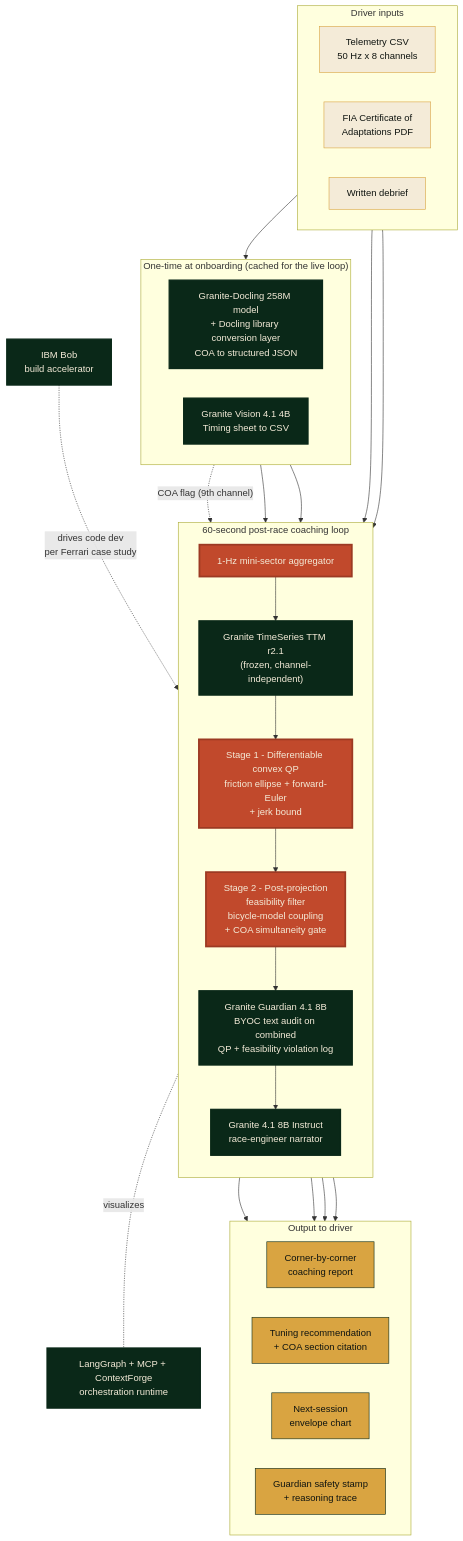
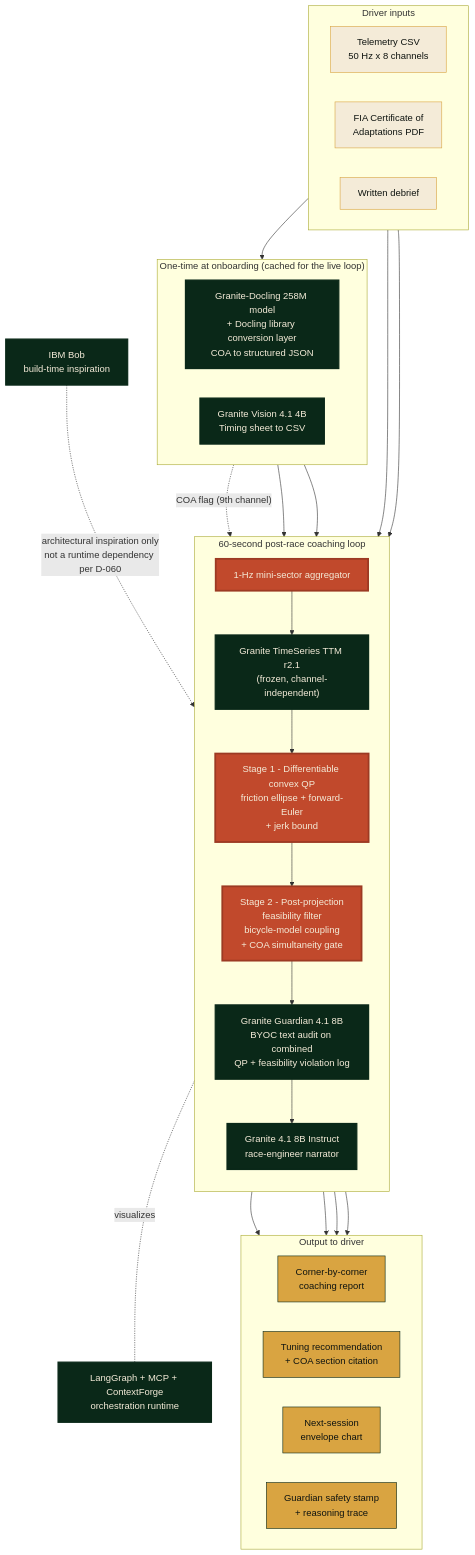
One commit to StephenSook/apex changed the diagram in README.md. Above: the diagram before and after it, drawn with Mermaid. The commit also changed other lines of this file, not shown here.

Commit message:
docs(readme): wave-46 section 5 12-tool->15-tool + IBM Bob flowchart honest reframe per D-060

````diff
--- a/README.md
+++ b/README.md
@@ -96,65 +96,65 @@
 ```mermaid
 flowchart TB
     subgraph In["Driver inputs"]
         direction LR
         TEL["Telemetry CSV<br/>50 Hz x 8 channels"]
         COA["FIA Certificate of<br/>Adaptations PDF"]
         DBR["Written debrief"]
     end
 
     subgraph OB["One-time at onboarding (cached for the live loop)"]
         direction LR
         DOCLING["Granite-Docling 258M model<br/>+ Docling library conversion layer<br/>COA to structured JSON"]
         VISION["Granite Vision 4.1 4B<br/>Timing sheet to CSV"]
     end
 
     subgraph LL["60-second post-race coaching loop"]
         direction TB
         AGG["1-Hz mini-sector aggregator"]
         TTM["Granite TimeSeries TTM r2.1<br/>(frozen, channel-independent)"]
         QP["Stage 1 - Differentiable convex QP<br/>friction ellipse + forward-Euler<br/>+ jerk bound"]
         FEAS["Stage 2 - Post-projection<br/>feasibility filter<br/>bicycle-model coupling<br/>+ COA simultaneity gate"]
         GUARD["Granite Guardian 4.1 8B<br/>BYOC text audit on combined<br/>QP + feasibility violation log"]
         INSTR["Granite 4.1 8B Instruct<br/>race-engineer narrator"]
     end
 
     subgraph Out["Output to driver"]
         direction LR
         REPORT["Corner-by-corner<br/>coaching report"]
         TUNE["Tuning recommendation<br/>+ COA section citation"]
         FCST["Next-session<br/>envelope chart"]
         STAMP["Guardian safety stamp<br/>+ reasoning trace"]
     end
 
     TEL --> AGG
     COA --> DOCLING
     DOCLING -. "COA flag (9th channel)" .-> AGG
     AGG --> TTM
     TTM --> QP
     QP --> FEAS
     FEAS --> GUARD
     DBR --> INSTR
     GUARD --> INSTR
     DOCLING --> INSTR
     VISION --> INSTR
     INSTR --> REPORT
     INSTR --> TUNE
     FEAS --> FCST
     GUARD --> STAMP
 
     LF["LangGraph + MCP + ContextForge<br/>orchestration runtime"]
     LL -. visualizes .- LF
 
-    BOB["IBM Bob<br/>build accelerator"]
-    BOB -.->|drives code dev<br/>per Ferrari case study| LL
+    BOB["IBM Bob<br/>build-time inspiration"]
+    BOB -.->|architectural inspiration only<br/>not a runtime dependency per D-060| LL
 
     classDef ibm fill:#0A2818,stroke:#0A2818,stroke-width:2px,color:#F4EBD8
     classDef physics fill:#C1492C,stroke:#9C3A23,stroke-width:3px,color:#F4EBD8
     classDef input fill:#F4EBD8,stroke:#D9A441,stroke-width:1px,color:#0F1410
     classDef output fill:#D9A441,stroke:#0A2818,color:#0F1410
 
     class TEL,COA,DBR input
     class REPORT,TUNE,FCST,STAMP output
     class DOCLING,VISION,TTM,GUARD,INSTR,LF,BOB ibm
     class QP,FEAS,AGG physics
 ```
````
